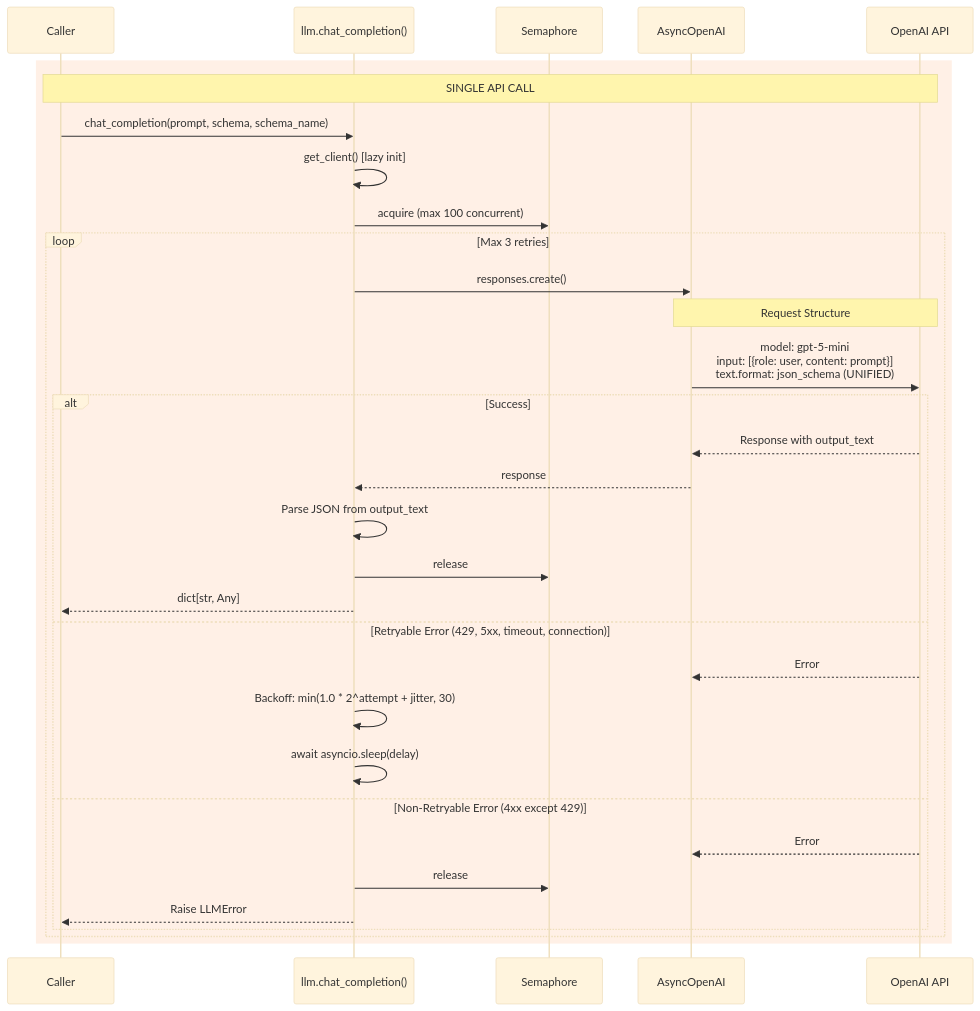
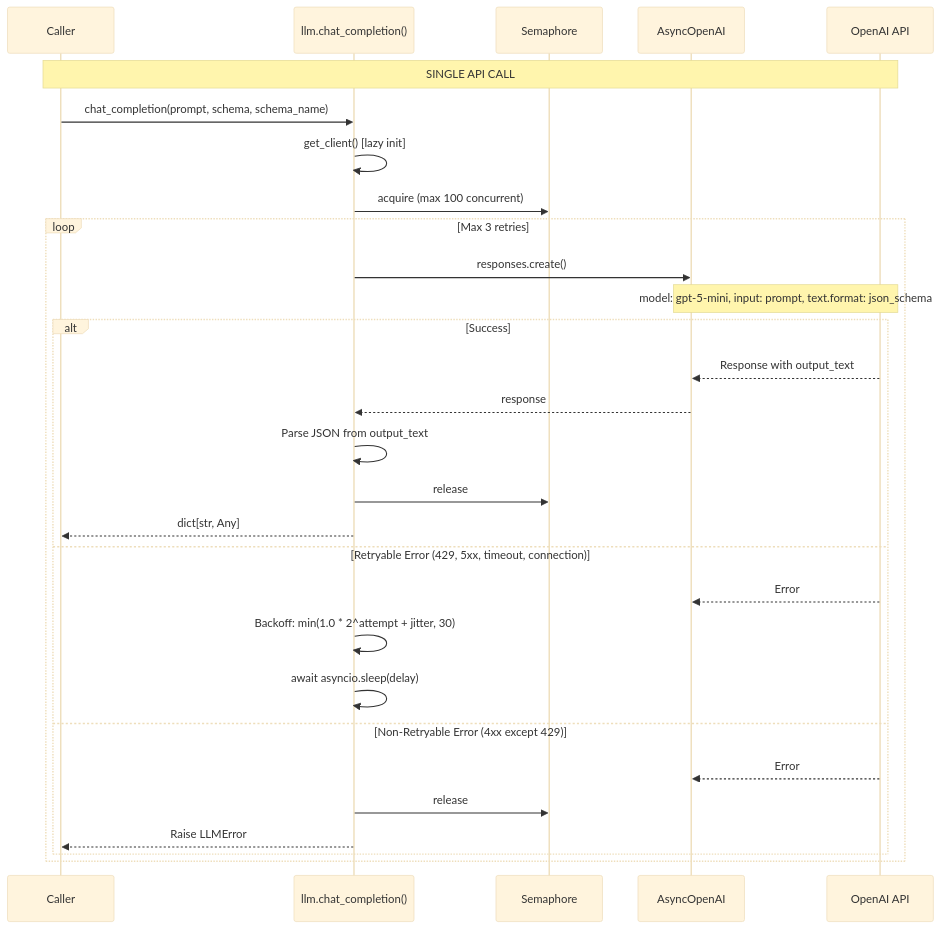
Before and after one commit to sapientpants/vocabext: the fourth of 9 diagrams in docs/llm-pipelines.md, drawn with Mermaid (base theme). The commit also changed other lines of this file, not shown here.

First line of the commit message:
docs: remove color blocks from Mermaid diagrams

````diff
--- a/docs/llm-pipelines.md
+++ b/docs/llm-pipelines.md
@@ -193,40 +179,37 @@
 ```mermaid
 sequenceDiagram
     participant Caller
     participant llm as llm.chat_completion()
     participant Semaphore
     participant Client as AsyncOpenAI
     participant API as OpenAI API
 
-    rect rgb(255, 240, 230)
-        Note over Caller,API: SINGLE API CALL
+    Note over Caller,API: SINGLE API CALL
 
-        Caller->>llm: chat_completion(prompt, schema, schema_name)
+    Caller->>llm: chat_completion(prompt, schema, schema_name)
 
-        llm->>llm: get_client() [lazy init]
-        llm->>Semaphore: acquire (max 100 concurrent)
+    llm->>llm: get_client() [lazy init]
+    llm->>Semaphore: acquire (max 100 concurrent)
 
-        loop Max 3 retries
-            llm->>Client: responses.create()
+    loop Max 3 retries
+        llm->>Client: responses.create()
 
-            Note over Client,API: Request Structure
-            Client->>API: model: gpt-5-mini<br/>input: [{role: user, content: prompt}]<br/>text.format: json_schema (UNIFIED)
+        Note over Client,API: model: gpt-5-mini, input: prompt, text.format: json_schema
 
-            alt Success
-                API-->>Client: Response with output_text
-                Client-->>llm: response
-                llm->>llm: Parse JSON from output_text
-                llm->>Semaphore: release
-                llm-->>Caller: dict[str, Any]
-            else Retryable Error (429, 5xx, timeout, connection)
-                API-->>Client: Error
-                llm->>llm: Backoff: min(1.0 * 2^attempt + jitter, 30)
-                llm->>llm: await asyncio.sleep(delay)
-            else Non-Retryable Error (4xx except 429)
-                API-->>Client: Error
-                llm->>Semaphore: release
-                llm-->>Caller: Raise LLMError
-            end
+        alt Success
+            API-->>Client: Response with output_text
+            Client-->>llm: response
+            llm->>llm: Parse JSON from output_text
+            llm->>Semaphore: release
+            llm-->>Caller: dict[str, Any]
+        else Retryable Error (429, 5xx, timeout, connection)
+            API-->>Client: Error
+            llm->>llm: Backoff: min(1.0 * 2^attempt + jitter, 30)
+            llm->>llm: await asyncio.sleep(delay)
+        else Non-Retryable Error (4xx except 429)
+            API-->>Client: Error
+            llm->>Semaphore: release
+            llm-->>Caller: Raise LLMError
         end
     end
 ```
````
